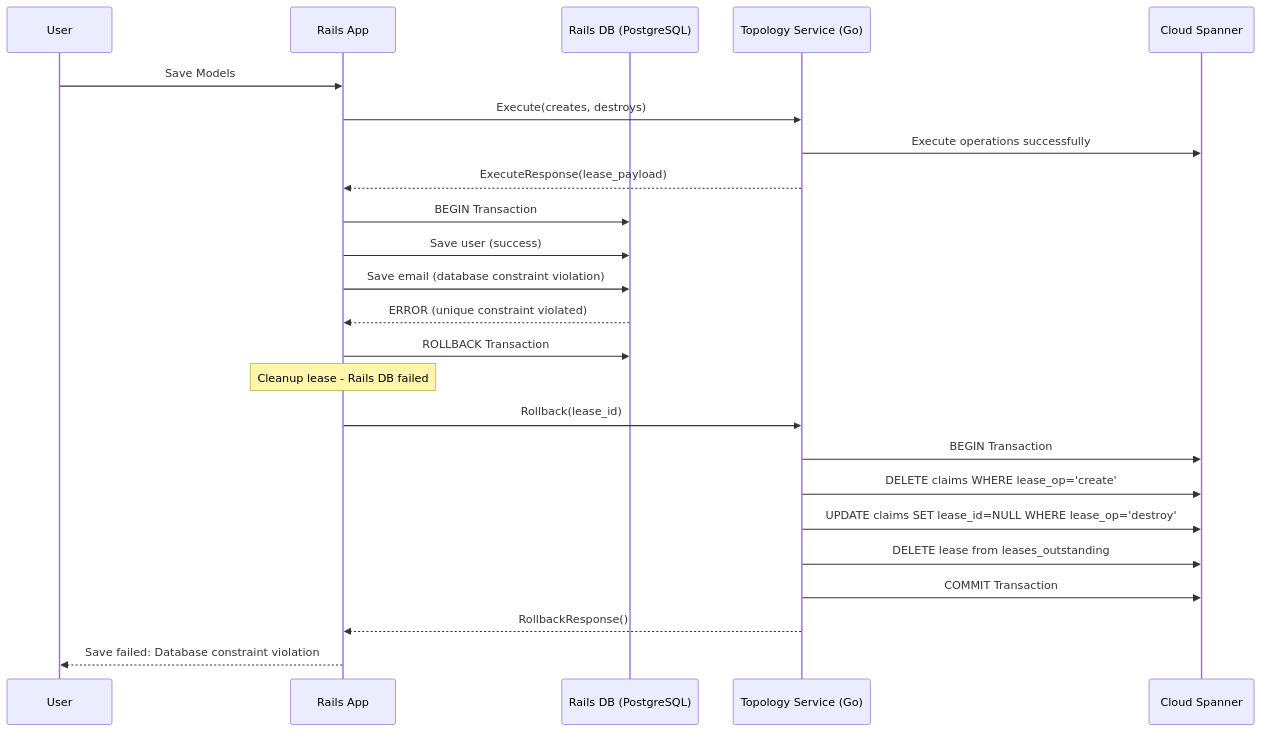
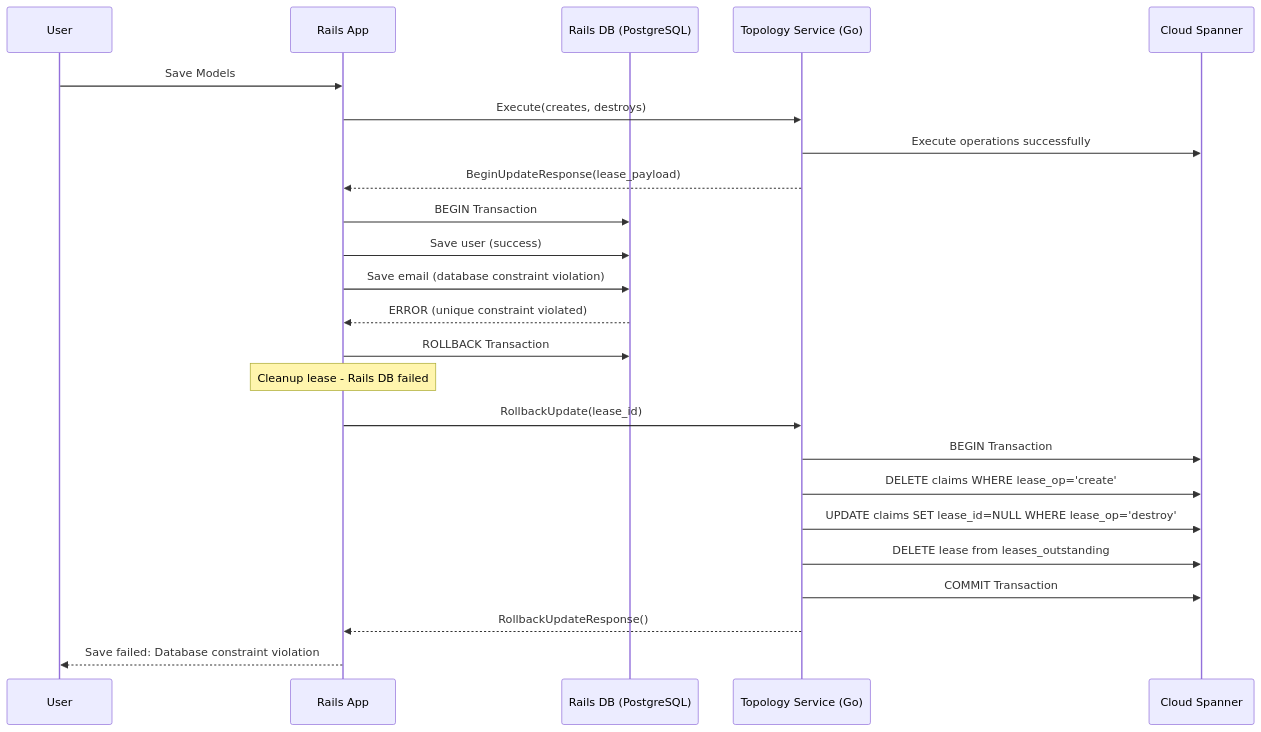
Before and after one commit to zalyoung/gitlab-handbook: the sixth of 10 diagrams in content/handbook/engineering/architecture/design-documents/cells/topology_service_transactional_behavior.md, drawn with Mermaid. The commit also changed other lines of this file, not shown here.

First line of the commit message:
Use (Begin|Commit|Rollback)Update

````diff
--- a/content/handbook/engineering/architecture/design-documents/cells/topology_service_transactional_behavior.md
+++ b/content/handbook/engineering/architecture/design-documents/cells/topology_service_transactional_behavior.md
@@ -847,31 +847,31 @@
 ```mermaid
 sequenceDiagram
     participant User
     participant Rails as Rails App
     participant RailsDB as Rails DB (PostgreSQL)
     participant TopologyService as Topology Service (Go)
     participant CloudSpanner as Cloud Spanner
 
     User->>Rails: Save Models
     Rails->>TopologyService: Execute(creates, destroys)
     TopologyService->>CloudSpanner: Execute operations successfully
-    TopologyService-->>Rails: ExecuteResponse(lease_payload)
+    TopologyService-->>Rails: BeginUpdateResponse(lease_payload)
     
     Rails->>RailsDB: BEGIN Transaction
     Rails->>RailsDB: Save user (success)
     Rails->>RailsDB: Save email (database constraint violation)
     RailsDB-->>Rails: ERROR (unique constraint violated)
     Rails->>RailsDB: ROLLBACK Transaction
     
     Note over Rails: Cleanup lease - Rails DB failed
-    Rails->>TopologyService: Rollback(lease_id)
+    Rails->>TopologyService: RollbackUpdate(lease_id)
     
     TopologyService->>CloudSpanner: BEGIN Transaction
     TopologyService->>CloudSpanner: DELETE claims WHERE lease_op='create'
     TopologyService->>CloudSpanner: UPDATE claims SET lease_id=NULL WHERE lease_op='destroy'
     TopologyService->>CloudSpanner: DELETE lease from leases_outstanding
     TopologyService->>CloudSpanner: COMMIT Transaction
     
-    TopologyService-->>Rails: RollbackResponse()
+    TopologyService-->>Rails: RollbackUpdateResponse()
     Rails-->>User: Save failed: Database constraint violation
 ```
````
